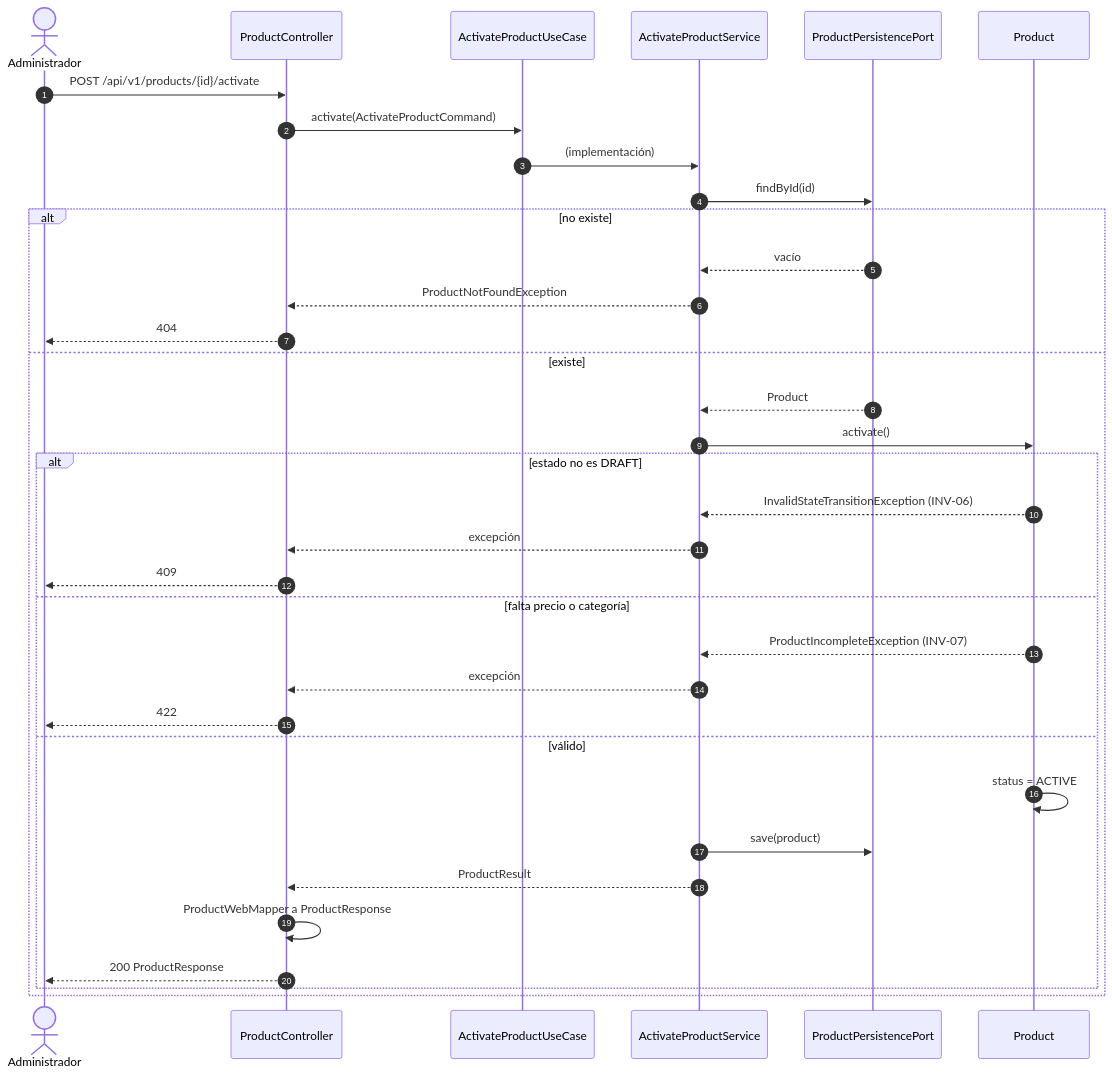
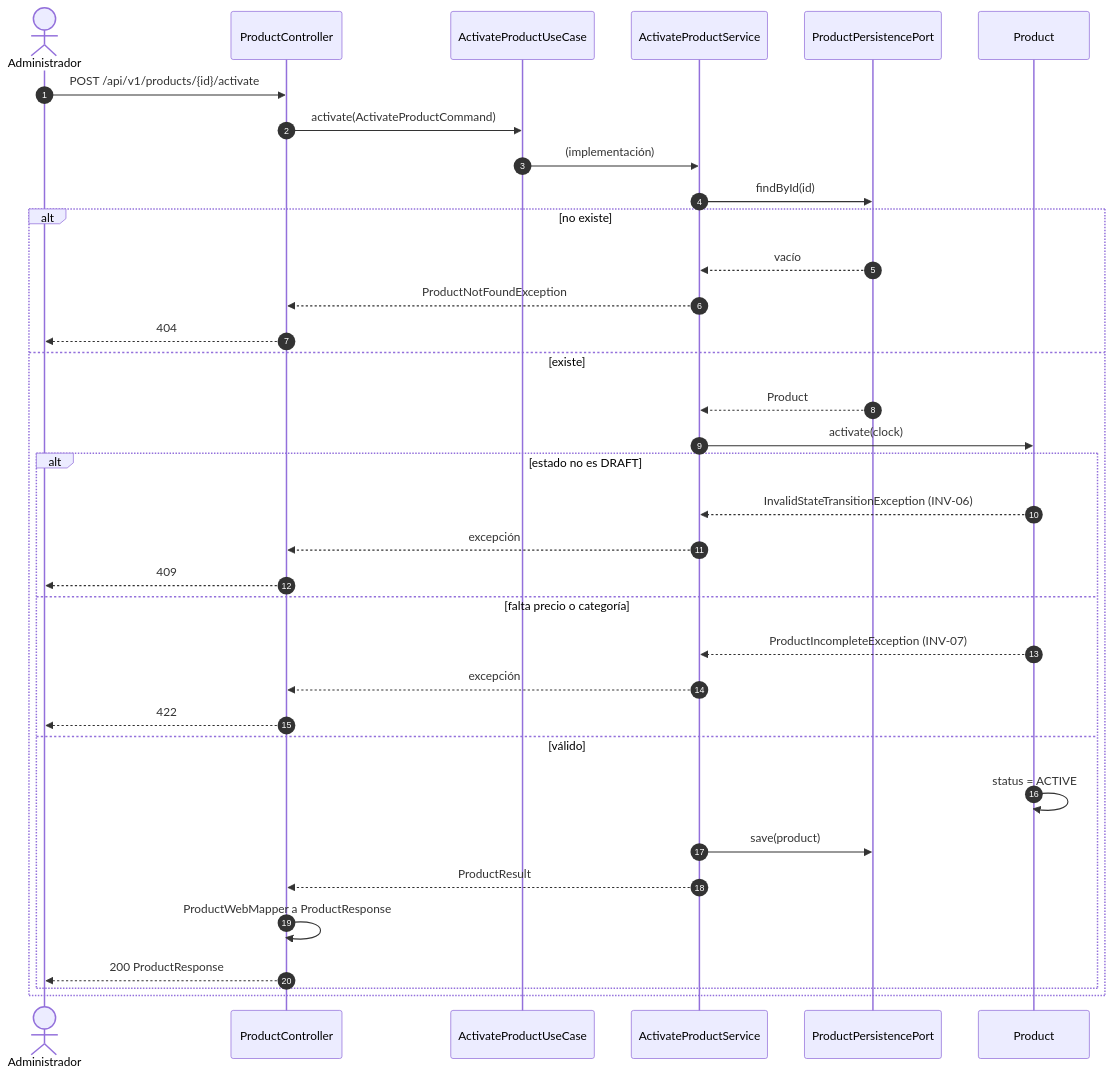
Before and after one commit to GalaxyTraining/CURS-000658-AI-SDD-F4: the third of 3 diagrams in specs/architecture/architecture.md, drawn with Mermaid. The commit also changed 8 other files, not shown here.

First line of the commit message:
design: ADR-0010 y ADR-0012, consola H2 en ADR-0005 y diagrama de activación

````diff
--- a/specs/architecture/architecture.md
+++ b/specs/architecture/architecture.md
@@ -144,38 +144,38 @@
 ```mermaid
 sequenceDiagram
     autonumber
     actor A as Administrador
     participant C as ProductController
     participant UC as ActivateProductUseCase
     participant S as ActivateProductService
     participant PP as ProductPersistencePort
     participant P as Product
 
     A->>C: POST /api/v1/products/{id}/activate
     C->>UC: activate(ActivateProductCommand)
     UC->>S: (implementación)
     S->>PP: findById(id)
     alt no existe
         PP-->>S: vacío
         S-->>C: ProductNotFoundException
         C-->>A: 404
     else existe
         PP-->>S: Product
-        S->>P: activate()
+        S->>P: activate(clock)
         alt estado no es DRAFT
             P-->>S: InvalidStateTransitionException (INV-06)
             S-->>C: excepción
             C-->>A: 409
         else falta precio o categoría
             P-->>S: ProductIncompleteException (INV-07)
             S-->>C: excepción
             C-->>A: 422
         else válido
             P->>P: status = ACTIVE
             S->>PP: save(product)
             S-->>C: ProductResult
             C->>C: ProductWebMapper a ProductResponse
             C-->>A: 200 ProductResponse
         end
     end
 ```
````
